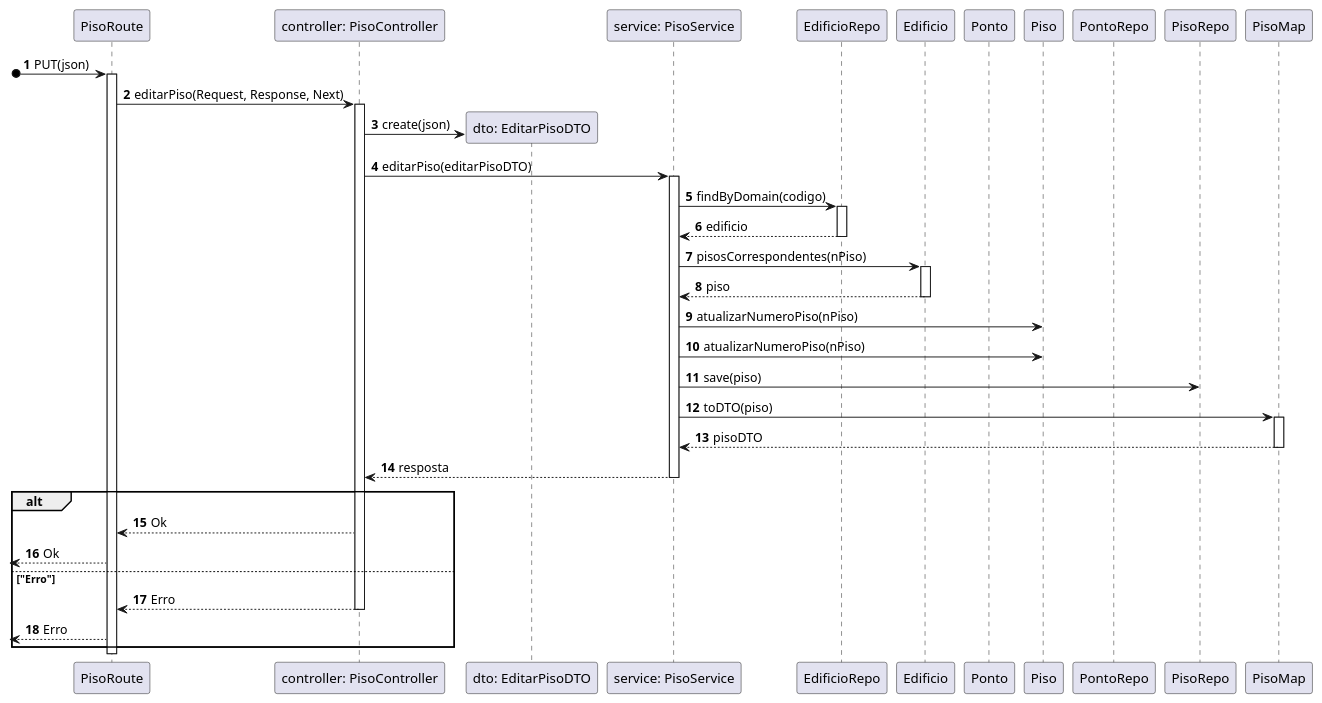
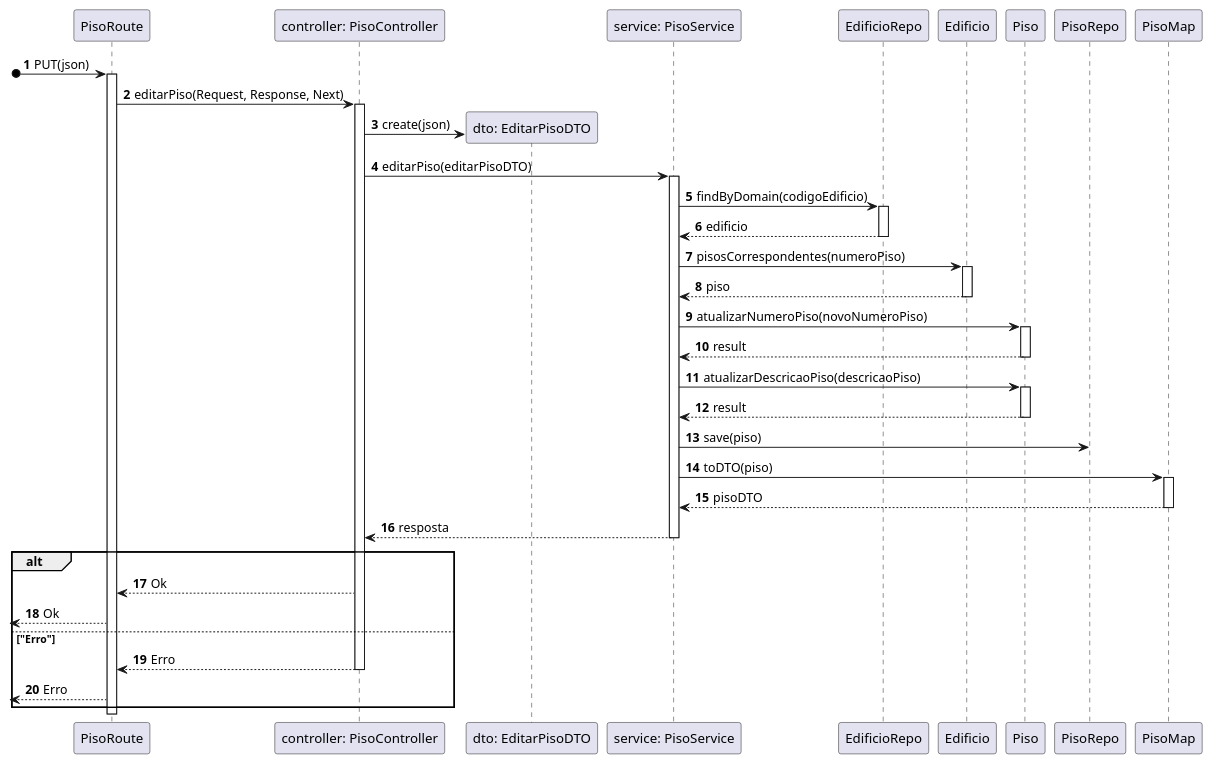
Before and after one commit to SEM5PI2324G58/sem5pi_g58_23_24: the diagram in docs/Sprint_A/US_200/N3/US200_VP.puml, drawn with PlantUML. The commit also changed 1 other file, not shown here.

```diff
--- a/docs/Sprint_A/US_200/N3/US200_VP.puml
+++ b/docs/Sprint_A/US_200/N3/US200_VP.puml
@@ -1,44 +1,46 @@
 autonumber
 
 participant PisoRoute as route
 participant "controller: PisoController" as ctrl
 participant "dto: EditarPisoDTO" as dto
 participant "service: PisoService" as service
 participant "EdificioRepo" as edRepo
 participant "Edificio" as edificio
-participant "Ponto" as ponto
 participant "Piso" as piso
-participant "PontoRepo" as pontoRepo
 participant "PisoRepo" as pisoRepo
 participant "PisoMap" as pisoMap
 
 
 [o-> route: PUT(json)
 activate route
 route -> ctrl: editarPiso(Request, Response, Next)
 activate ctrl
 ctrl -> dto ** : create(json)
 ctrl -> service: editarPiso(editarPisoDTO) 
 activate service
-service -> edRepo: findByDomain(codigo)
+service -> edRepo: findByDomain(codigoEdificio)
 activate edRepo
 return edificio
-service -> edificio : pisosCorrespondentes(nPiso)
+service -> edificio : pisosCorrespondentes(numeroPiso)
 activate edificio
 return piso
-service -> piso : atualizarNumeroPiso(nPiso)
-service -> piso : atualizarNumeroPiso(nPiso)
+service -> piso : atualizarNumeroPiso(novoNumeroPiso)
+activate piso
+return result
+service -> piso : atualizarDescricaoPiso(descricaoPiso)
+activate piso
+return result
 service -> pisoRepo: save(piso)
 service -> pisoMap: toDTO(piso)
 activate pisoMap
 return pisoDTO
 return resposta
 alt
 route <-- ctrl: Ok
 <-- route: Ok
 else "Erro"
 route <-- ctrl: Erro
 deactivate ctrl
 <-- route: Erro
 end alt
 deactivate route
```
